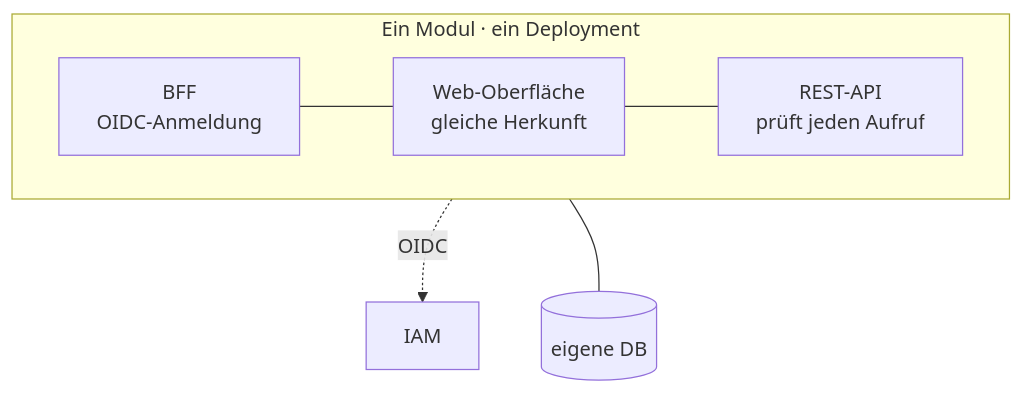
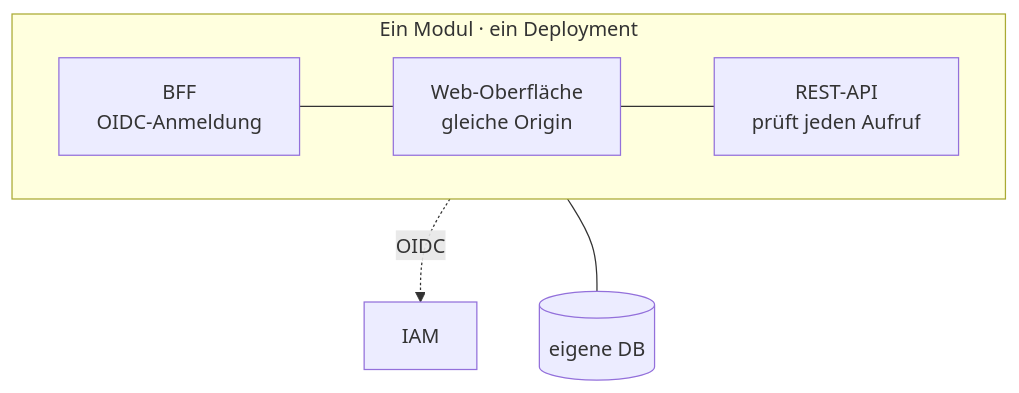
Before and after one commit to tiri/reference-architecture: the fourth of 15 diagrams in arch-docs/README.md, drawn with Mermaid. The commit also changed other lines of this file and 1 other file, not shown here.

````diff
--- a/arch-docs/README.md
+++ b/arch-docs/README.md
@@ -220,9 +218,9 @@
 ```mermaid
 flowchart TB
     subgraph M[Ein Modul · ein Deployment]
         direction LR
-        BFF[BFF<br/>OIDC-Anmeldung] --- SPA[Web-Oberfläche<br/>gleiche Herkunft] --- API[REST-API<br/>prüft jeden Aufruf]
+        BFF[BFF<br/>OIDC-Anmeldung] --- SPA[Web-Oberfläche<br/>gleiche Origin] --- API[REST-API<br/>prüft jeden Aufruf]
     end
     M -.OIDC.-> IAM[IAM]
     M --- DB[(eigene DB)]
 ```
````
